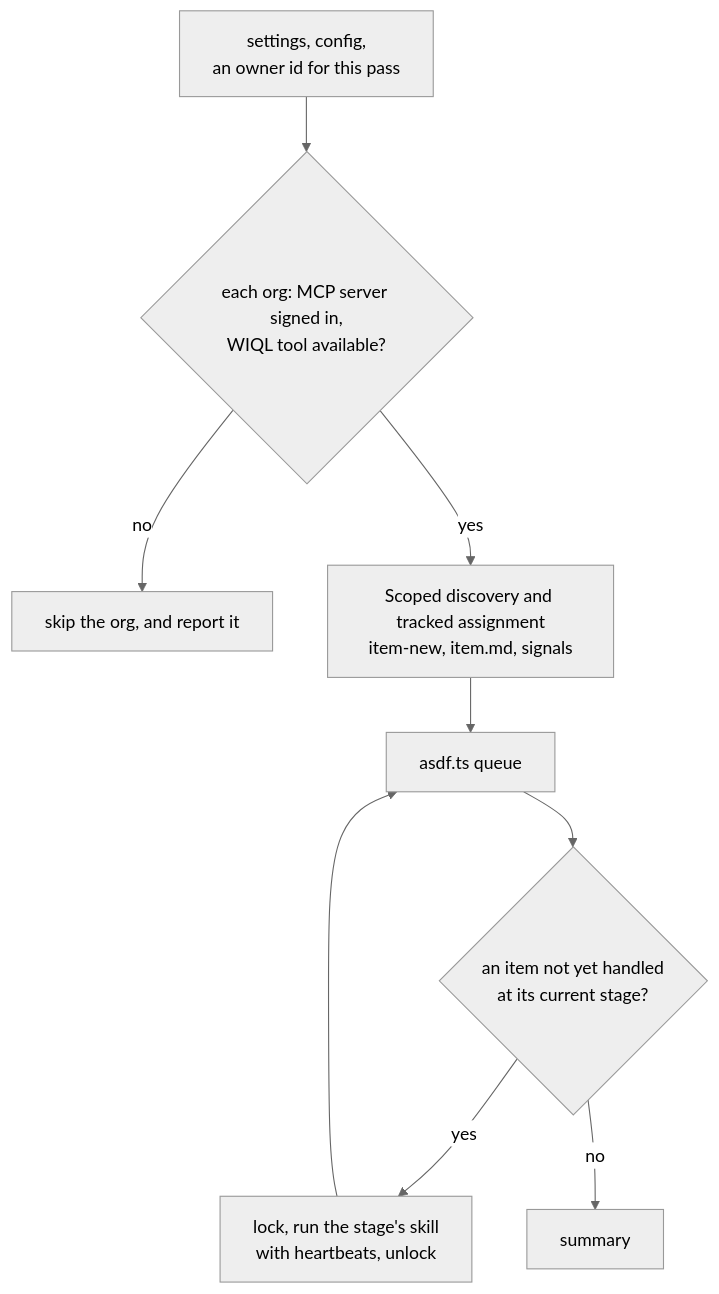
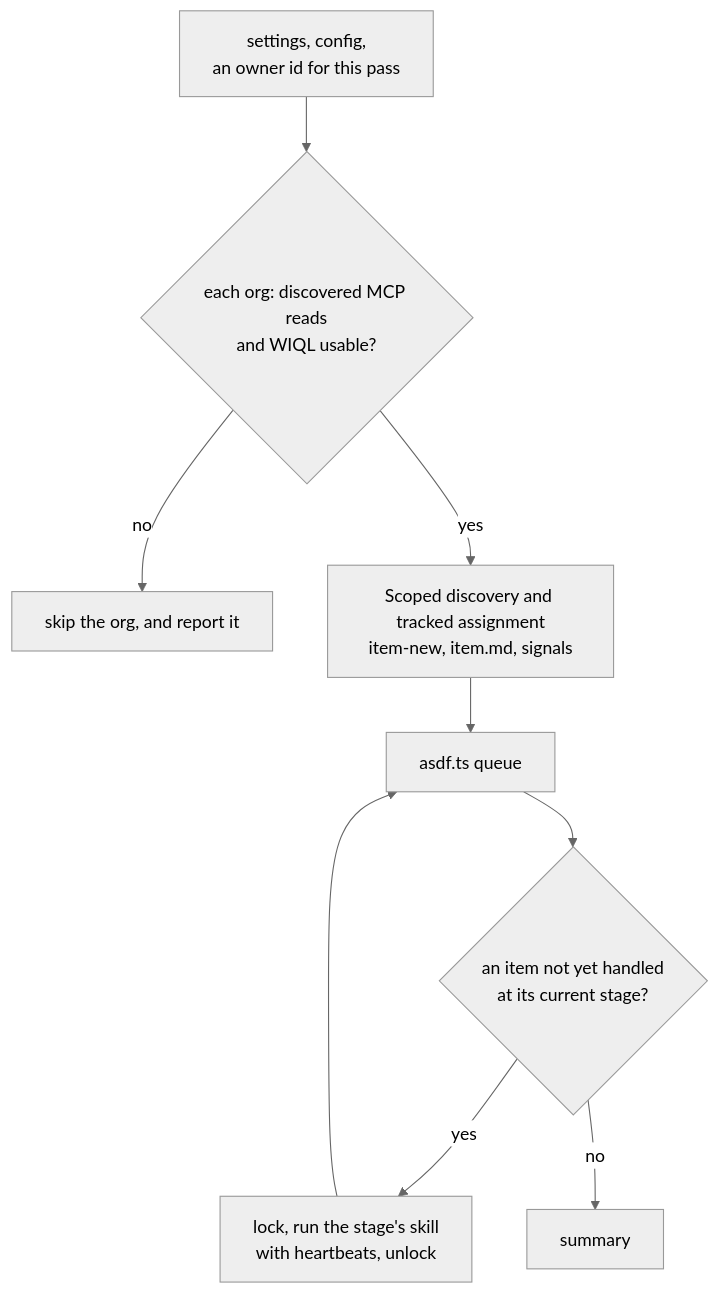
The fourth of 4 diagrams in ARCHITECTURE.md (donethree/ASDF), drawn with Mermaid (neutral theme) before and after one commit. The commit also changed other lines of this file and 23 other files, not shown here.

````diff
--- a/ARCHITECTURE.md
+++ b/ARCHITECTURE.md
@@ -337,11 +352,11 @@
 ```mermaid
 flowchart TD
-    check["settings, config,<br>an owner id for this pass"] --> orgs{"each org: MCP server signed in,<br>WIQL tool available?"}
+    check["settings, config,<br>an owner id for this pass"] --> orgs{"each org: discovered MCP reads<br>and WIQL usable?"}
     orgs -->|no| skip["skip the org, and report it"]
     orgs -->|yes| sync["Scoped discovery and tracked assignment<br>item-new, item.md, signals"]
     sync --> queue["asdf.ts queue"]
     queue --> next{"an item not yet handled<br>at its current stage?"}
     next -->|yes| work["lock, run the stage's skill<br>with heartbeats, unlock"]
     work --> queue
     next -->|no| summary["summary"]
 ```
````
